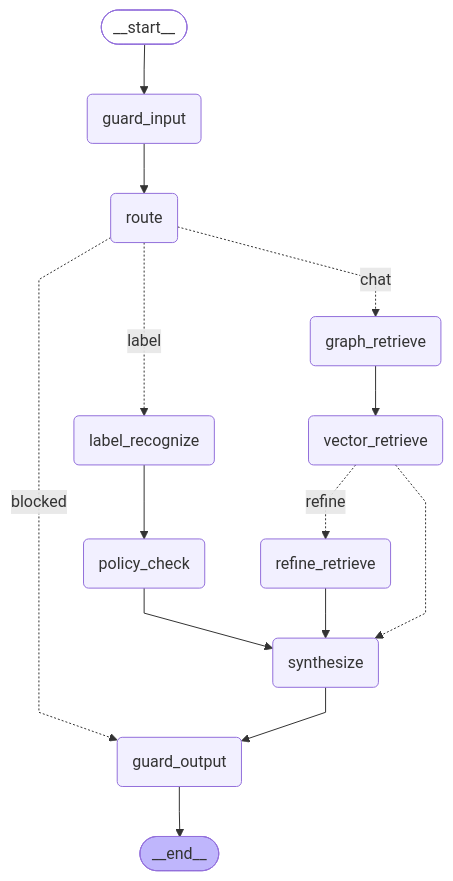
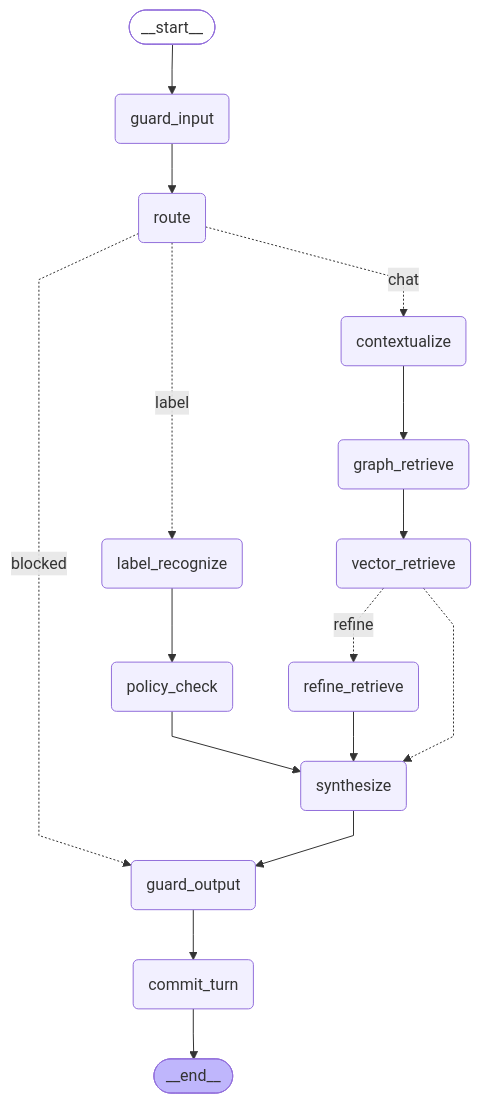
The diagram in architecture/diagrams/sources/gen/agent-workflow.mmd (YuesIt17/yuit-docs-ai-architect-platform), drawn with Mermaid before and after one commit. The commit also changed 23 other files, not shown here.

First line of the commit message:
fix: make the diagrams workflow pass and refresh the diagrams

```diff
--- a/architecture/diagrams/sources/gen/agent-workflow.mmd
+++ b/architecture/diagrams/sources/gen/agent-workflow.mmd
@@ -1,33 +1,37 @@
 ---
 config:
   flowchart:
     curve: linear
 ---
 flowchart TD
 	__start__([__start__]):::first
 	guard_input(guard_input)
 	route(route)
+	contextualize(contextualize)
 	graph_retrieve(graph_retrieve)
 	vector_retrieve(vector_retrieve)
 	refine_retrieve(refine_retrieve)
 	label_recognize(label_recognize)
 	policy_check(policy_check)
 	synthesize(synthesize)
 	guard_output(guard_output)
+	commit_turn(commit_turn)
 	__end__([__end__]):::last
 	__start__ --> guard_input
+	contextualize --> graph_retrieve
 	graph_retrieve --> vector_retrieve
 	guard_input --> route
+	guard_output --> commit_turn
 	label_recognize --> policy_check
 	policy_check --> synthesize
 	refine_retrieve --> synthesize
-	route -.  chat  .-> graph_retrieve
+	route -.  chat  .-> contextualize
 	route -.  blocked  .-> guard_output
 	route -.  label  .-> label_recognize
 	synthesize --> guard_output
 	vector_retrieve -.  refine  .-> refine_retrieve
 	vector_retrieve -.-> synthesize
-	guard_output --> __end__
+	commit_turn --> __end__
 	classDef default fill:#f2f0ff,line-height:1.2
 	classDef first fill-opacity:0
 	classDef last fill:#bfb6fc
```
